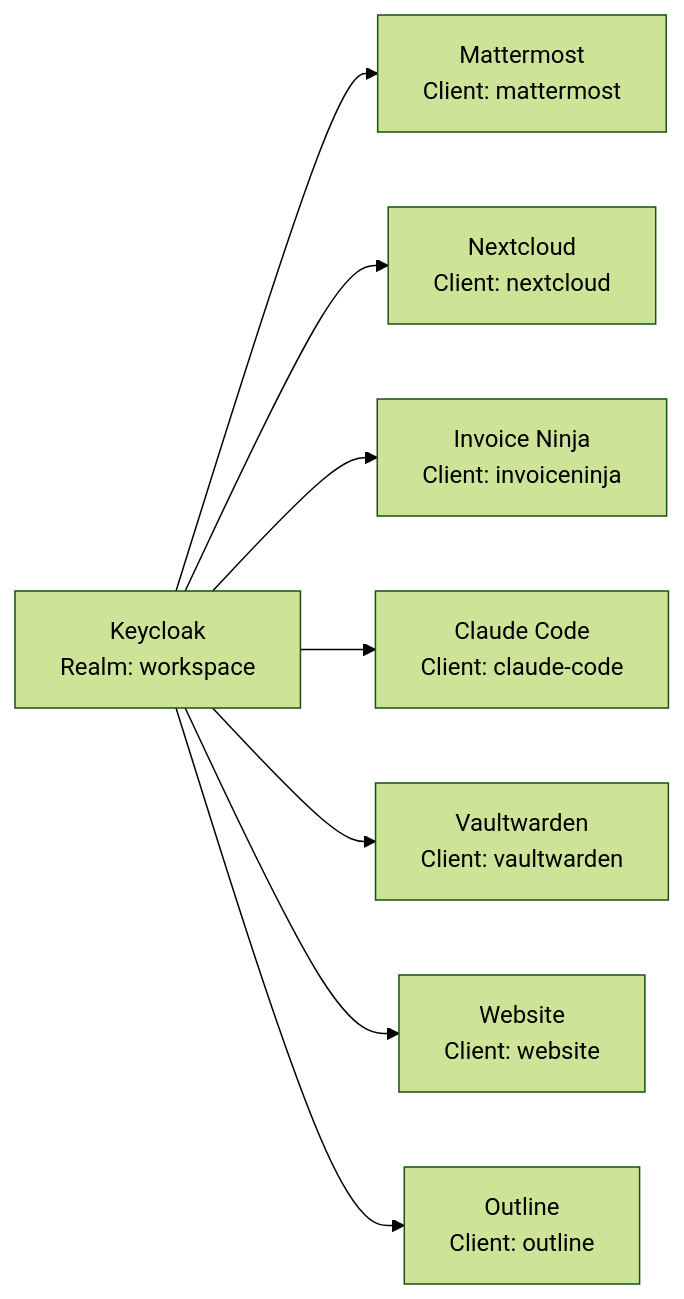
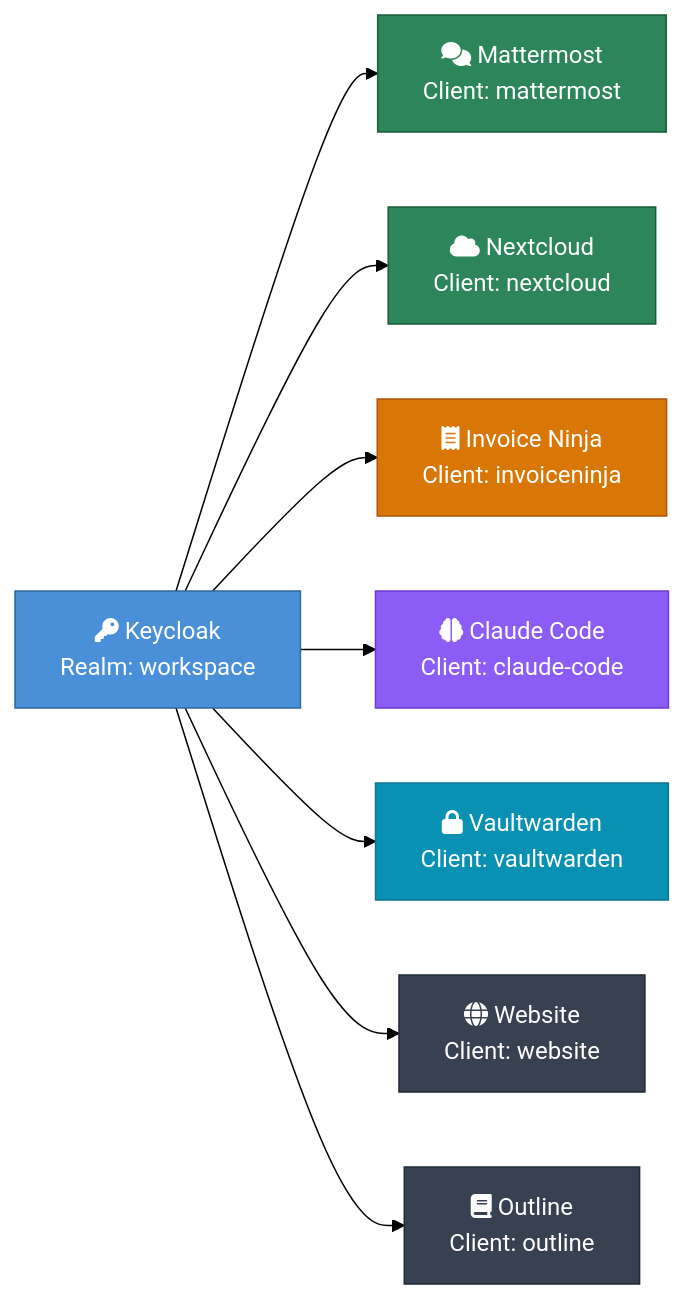
One commit to Paddione/Bachelorprojekt changed the first of 2 diagrams in docs/keycloak.md. Above: the diagram before and after it, drawn with Mermaid (forest theme). The commit also changed other lines of this file and 6 other files, not shown here.

First line of the commit message:
docs: Dokumentation ins Deutsche übersetzen und Mermaid-Diagramme visuell aufwerten

````diff
--- a/docs/keycloak.md
+++ b/docs/keycloak.md
@@ -26,14 +26,28 @@
 ```mermaid
 graph LR
-    KC[Keycloak<br/>Realm: workspace]
+    KC["fa:fa-key Keycloak<br/>Realm: workspace"]
 
-    MM[Mattermost<br/>Client: mattermost]
-    NC[Nextcloud<br/>Client: nextcloud]
-    IN[Invoice Ninja<br/>Client: invoiceninja]
-    OC[Claude Code<br/>Client: claude-code]
-    VW[Vaultwarden<br/>Client: vaultwarden]
-    WEB[Website<br/>Client: website]
-    OL[Outline<br/>Client: outline]
+    MM["fa:fa-comments Mattermost<br/>Client: mattermost"]
+    NC["fa:fa-cloud Nextcloud<br/>Client: nextcloud"]
+    IN["fa:fa-receipt Invoice Ninja<br/>Client: invoiceninja"]
+    OC["fa:fa-brain Claude Code<br/>Client: claude-code"]
+    VW["fa:fa-lock Vaultwarden<br/>Client: vaultwarden"]
+    WEB["fa:fa-globe Website<br/>Client: website"]
+    OL["fa:fa-book Outline<br/>Client: outline"]
 
     KC --> MM & NC & IN & OC & VW & WEB & OL
+
+    classDef kc fill:#4a90d9,color:#fff,stroke:#2d6a9f
+    classDef collab fill:#2d8659,color:#fff,stroke:#1a5c3a
+    classDef ai fill:#8b5cf6,color:#fff,stroke:#6d3ad4
+    classDef billing fill:#d97706,color:#fff,stroke:#b45309
+    classDef tools fill:#0891b2,color:#fff,stroke:#0e7490
+    classDef infra fill:#374151,color:#fff,stroke:#1f2937
+
+    class KC kc
+    class MM,NC collab
+    class IN billing
+    class OC ai
+    class VW tools
+    class WEB,OL infra
 ```
````
